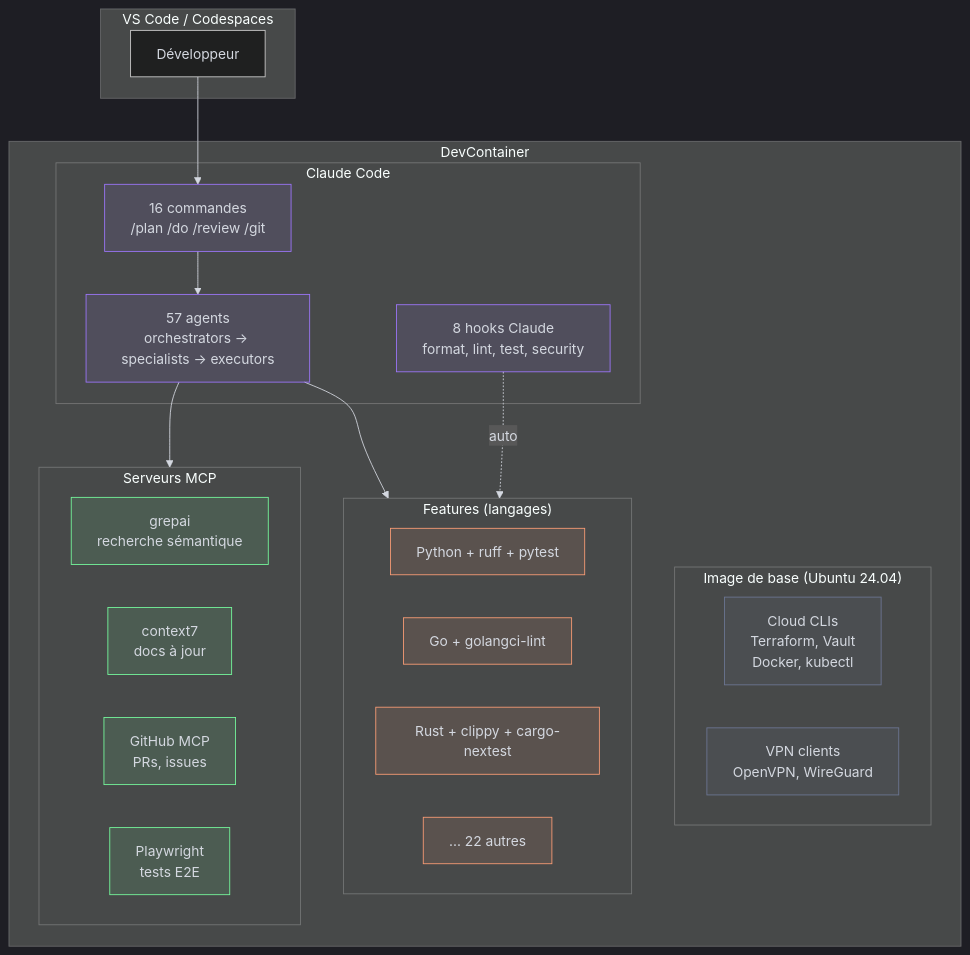
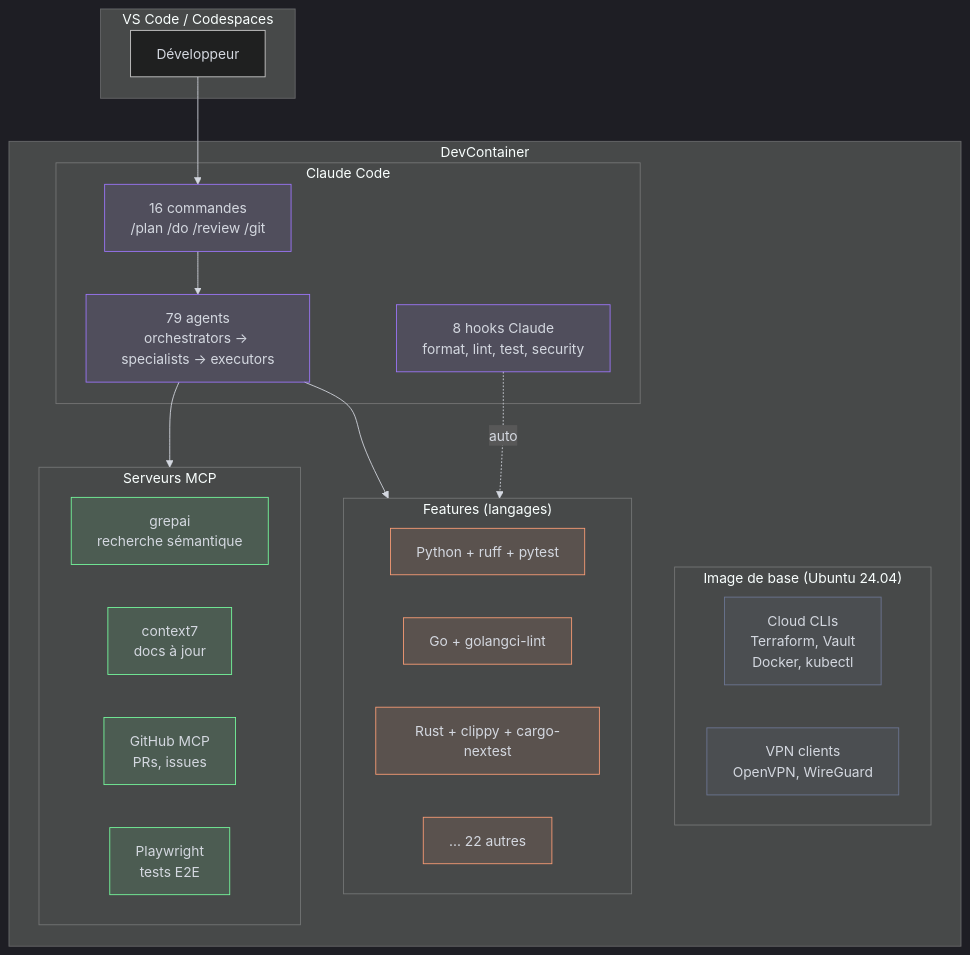
One commit to kodflow/devcontainer-template changed the first of 2 diagrams in docs/architecture/README.md. Above: the diagram before and after it, drawn with Mermaid. The commit also changed other lines of this file and 12 other files, not shown here.

````diff
--- a/docs/architecture/README.md
+++ b/docs/architecture/README.md
@@ -7,62 +7,62 @@
 ```mermaid
 %%{init: {'theme': 'dark', 'themeVariables': {
   'primaryColor': '#9D76FB1a',
   'primaryBorderColor': '#9D76FB',
   'primaryTextColor': '#d4d8e0',
   'lineColor': '#d4d8e0',
   'textColor': '#d4d8e0',
   'secondaryColor': '#76FB9D1a',
   'secondaryBorderColor': '#76FB9D',
   'secondaryTextColor': '#d4d8e0',
   'tertiaryColor': '#FB9D761a',
   'tertiaryBorderColor': '#FB9D76',
   'tertiaryTextColor': '#d4d8e0'
 }}}%%
 flowchart TB
     subgraph IDE["VS Code / Codespaces"]
         U[Développeur]
     end
 
     subgraph DC["DevContainer"]
         subgraph BASE["Image de base (Ubuntu 24.04)"]
             TOOLS[Cloud CLIs<br/>Terraform, Vault<br/>Docker, kubectl]
             NET[VPN clients<br/>OpenVPN, WireGuard]
         end
 
         subgraph FEAT["Features (langages)"]
             L1[Python + ruff + pytest]
             L2[Go + golangci-lint]
             L3[Rust + clippy + cargo-nextest]
             LN[... 22 autres]
         end
 
         subgraph CLAUDE["Claude Code"]
             CMD[16 commandes<br/>/plan /do /review /git]
-            AGT[57 agents<br/>orchestrators → specialists → executors]
+            AGT[79 agents<br/>orchestrators → specialists → executors]
             HK[8 hooks Claude<br/>format, lint, test, security]
         end
 
         subgraph MCP["Serveurs MCP"]
             G[grepai<br/>recherche sémantique]
             C7[context7<br/>docs à jour]
             GH[GitHub MCP<br/>PRs, issues]
             PW[Playwright<br/>tests E2E]
         end
     end
 
     U --> CMD
     CMD --> AGT
     AGT --> MCP
     HK -.->|auto| FEAT
     AGT --> FEAT
 
     classDef primary fill:#9D76FB1a,stroke:#9D76FB,color:#d4d8e0
     classDef data fill:#76FB9D1a,stroke:#76FB9D,color:#d4d8e0
     classDef async fill:#FB9D761a,stroke:#FB9D76,color:#d4d8e0
     classDef external fill:#6c76931a,stroke:#6c7693,color:#d4d8e0
 
     class CMD,AGT,HK primary
     class G,C7,GH,PW data
     class L1,L2,L3,LN async
     class TOOLS,NET external
 ```
````
